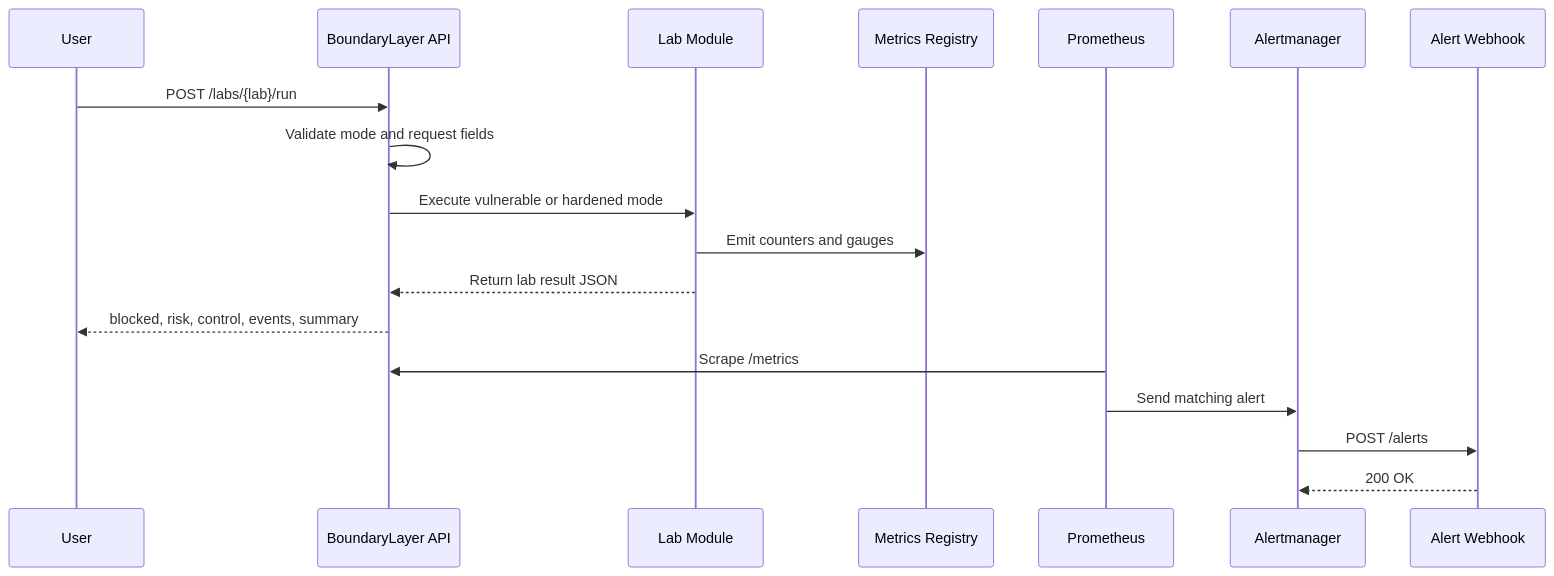
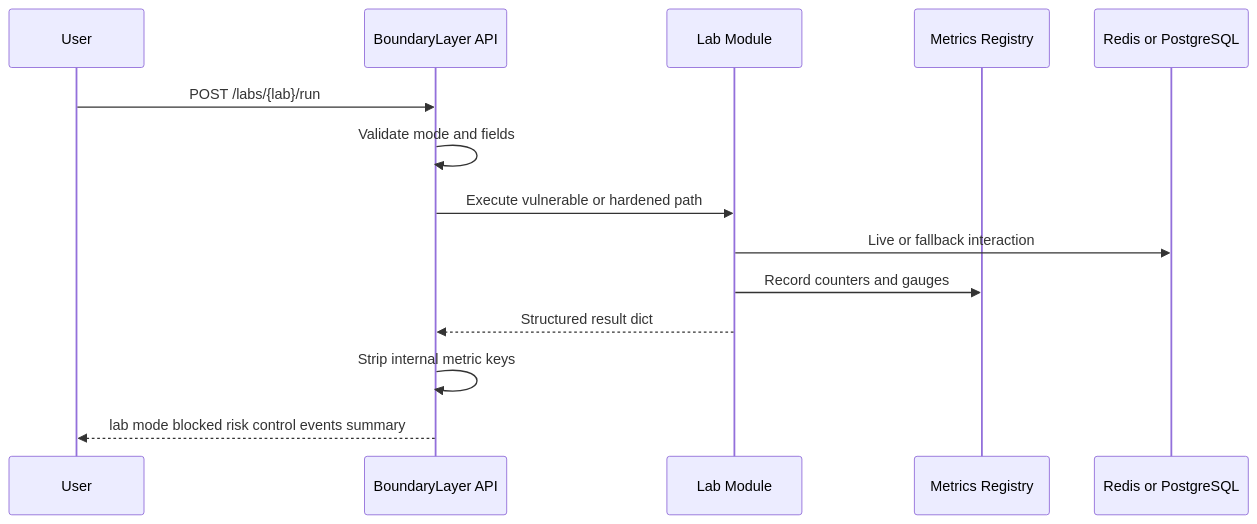
The third of 13 diagrams in docs/DIAGRAMS.md (codethor0/boundary-layer), drawn with Mermaid before and after one commit. The commit also changed other lines of this file and 17 other files, not shown here.

````diff
--- a/docs/DIAGRAMS.md
+++ b/docs/DIAGRAMS.md
@@ -37,21 +49,17 @@
 ```mermaid
 sequenceDiagram
     participant User
     participant API as BoundaryLayer API
     participant Lab as Lab Module
     participant Metrics as Metrics Registry
-    participant Prom as Prometheus
-    participant AM as Alertmanager
-    participant Hook as Alert Webhook
+    participant Infra as Redis or PostgreSQL
 
     User->>API: POST /labs/{lab}/run
-    API->>API: Validate mode and request fields
-    API->>Lab: Execute vulnerable or hardened mode
-    Lab->>Metrics: Emit counters and gauges
-    Lab-->>API: Return lab result JSON
-    API-->>User: blocked, risk, control, events, summary
-    Prom->>API: Scrape /metrics
-    Prom->>AM: Send matching alert
-    AM->>Hook: POST /alerts
-    Hook-->>AM: 200 OK
+    API->>API: Validate mode and fields
+    API->>Lab: Execute vulnerable or hardened path
+    Lab->>Infra: Live or fallback interaction
+    Lab->>Metrics: Record counters and gauges
+    Lab-->>API: Structured result dict
+    API->>API: Strip internal metric keys
+    API-->>User: lab mode blocked risk control events summary
 ```
````
